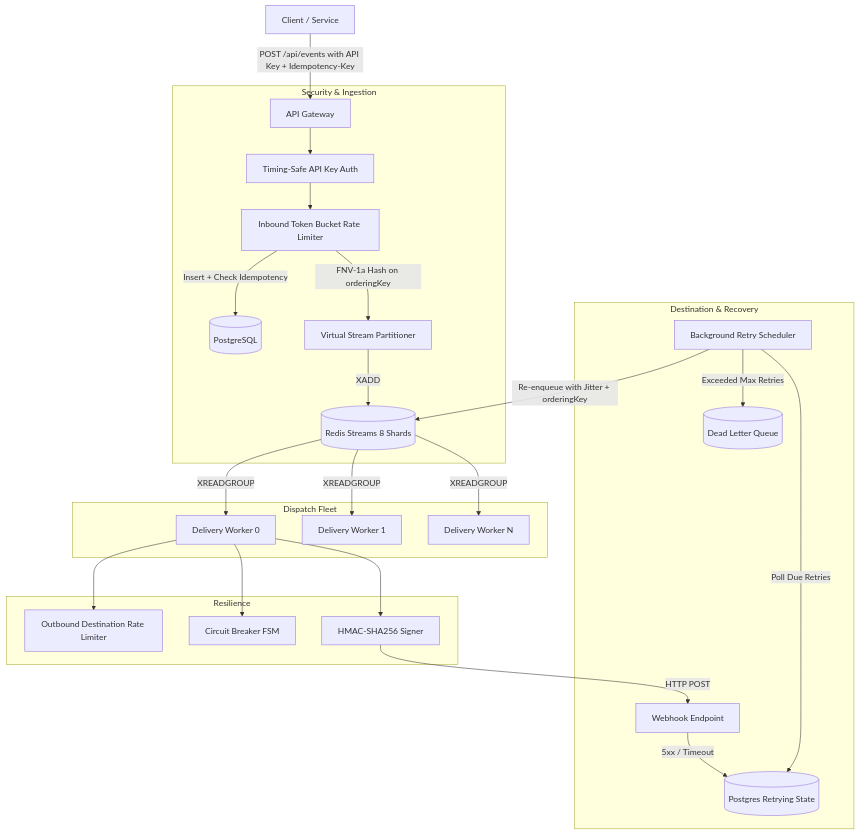
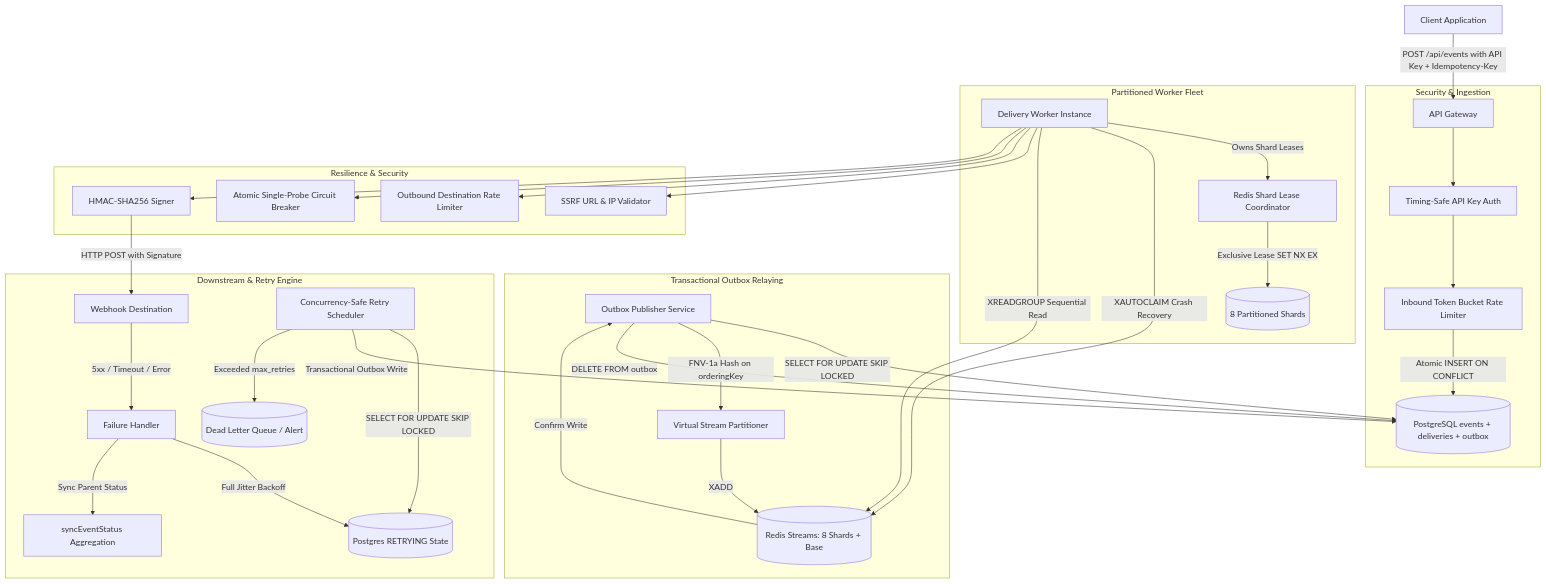
The diagram in README.md (TanmayRawal/EventRelay), drawn with Mermaid before and after one commit. The commit also changed other lines of this file and 29 other files, not shown here.

Commit message:
feat(architecture): implement transactional outbox, shard leases, xautoclaim recovery, atomic idempotency, and ssrf protection

````diff
--- a/README.md
+++ b/README.md
@@ -22,32 +22,42 @@
 ```mermaid
 flowchart TD
-    Client[Client / Service] -->|POST /api/events with API Key + Idempotency-Key| API[API Gateway]
+    Client[Client Application] -->|POST /api/events with API Key + Idempotency-Key| API[API Gateway]
 
     subgraph Security & Ingestion
         API --> Auth[Timing-Safe API Key Auth]
         Auth --> InboundRL[Inbound Token Bucket Rate Limiter]
-        InboundRL -->|Insert + Check Idempotency| PG[(PostgreSQL)]
-        InboundRL -->|FNV-1a Hash on orderingKey| Shard[Virtual Stream Partitioner]
-        Shard -->|XADD| RS[(Redis Streams 8 Shards)]
+        InboundRL -->|Atomic INSERT ON CONFLICT| PG[(PostgreSQL events + deliveries + outbox)]
     end
 
-    subgraph Dispatch Fleet
-        RS -->|XREADGROUP| W1[Delivery Worker 0]
-        RS -->|XREADGROUP| W2[Delivery Worker 1]
-        RS -->|XREADGROUP| WN[Delivery Worker N]
+    subgraph Transactional Outbox Relaying
+        OutboxPub[Outbox Publisher Service] -->|SELECT FOR UPDATE SKIP LOCKED| PG
+        OutboxPub -->|FNV-1a Hash on orderingKey| Shard[Virtual Stream Partitioner]
+        Shard -->|XADD| RS[(Redis Streams: 8 Shards + Base)]
+        RS -->|Confirm Write| OutboxPub
+        OutboxPub -->|DELETE FROM outbox| PG
     end
 
-    subgraph Resilience
+    subgraph Partitioned Worker Fleet
+        Coord[Redis Shard Lease Coordinator] -->|Exclusive Lease SET NX EX| Shards[(8 Partitioned Shards)]
+        W1[Delivery Worker Instance] -->|Owns Shard Leases| Coord
+        W1 -->|XAUTOCLAIM Crash Recovery| RS
+        W1 -->|XREADGROUP Sequential Read| RS
+    end
+
+    subgraph Resilience & Security
+        W1 --> SSRF[SSRF URL & IP Validator]
         W1 --> TB[Outbound Destination Rate Limiter]
-        W1 --> CB[Circuit Breaker FSM]
+        W1 --> CB[Atomic Single-Probe Circuit Breaker]
         W1 --> HMAC[HMAC-SHA256 Signer]
     end
 
-    subgraph Destination & Recovery
-        HMAC -->|HTTP POST| Target[Webhook Endpoint]
-        Target -->|5xx / Timeout| PGRetry[(Postgres Retrying State)]
-        Sched[Background Retry Scheduler] -->|Poll Due Retries| PGRetry
-        Sched -->|Re-enqueue with Jitter + orderingKey| RS
-        Sched -->|Exceeded Max Retries| DLQ[(Dead Letter Queue)]
+    subgraph Downstream & Retry Engine
+        HMAC -->|HTTP POST with Signature| Target[Webhook Destination]
+        Target -->|5xx / Timeout / Error| FailHandler[Failure Handler]
+        FailHandler -->|Full Jitter Backoff| PGRetry[(Postgres RETRYING State)]
+        FailHandler -->|Sync Parent Status| EventStatus[syncEventStatus Aggregation]
+        Sched[Concurrency-Safe Retry Scheduler] -->|SELECT FOR UPDATE SKIP LOCKED| PGRetry
+        Sched -->|Transactional Outbox Write| PG
+        Sched -->|Exceeded max_retries| DLQ[(Dead Letter Queue / Alert)]
     end
 ```
````
